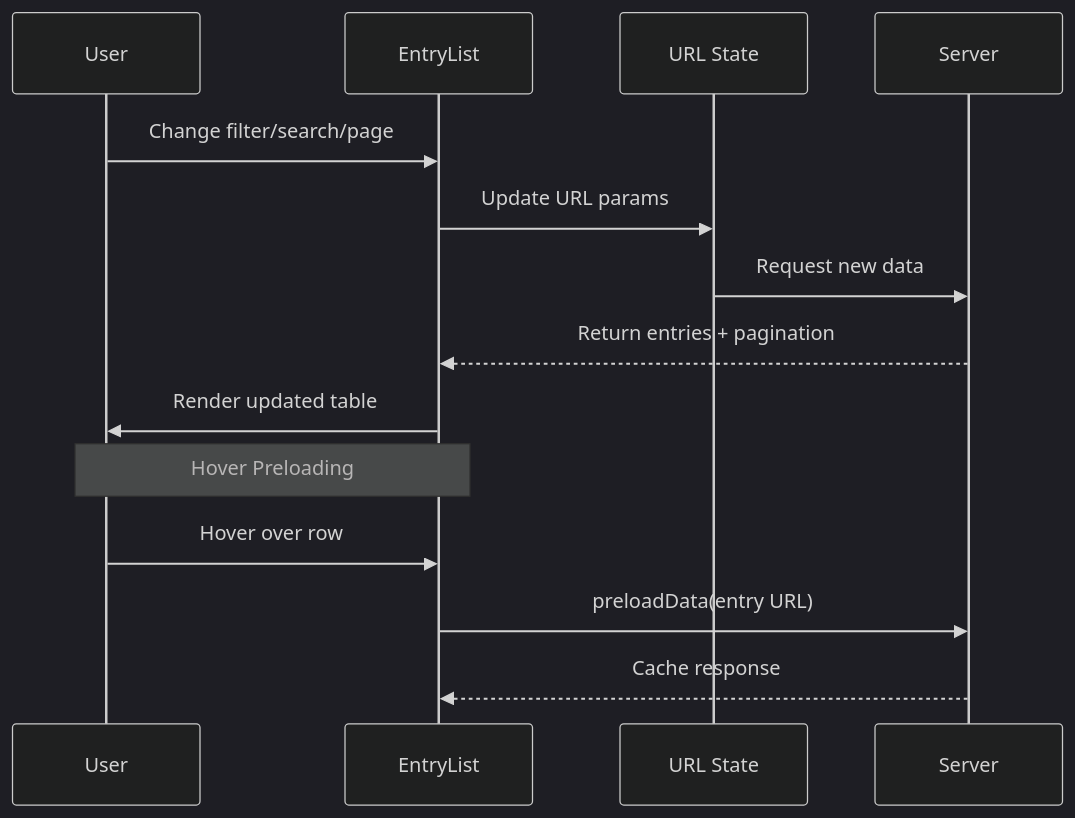
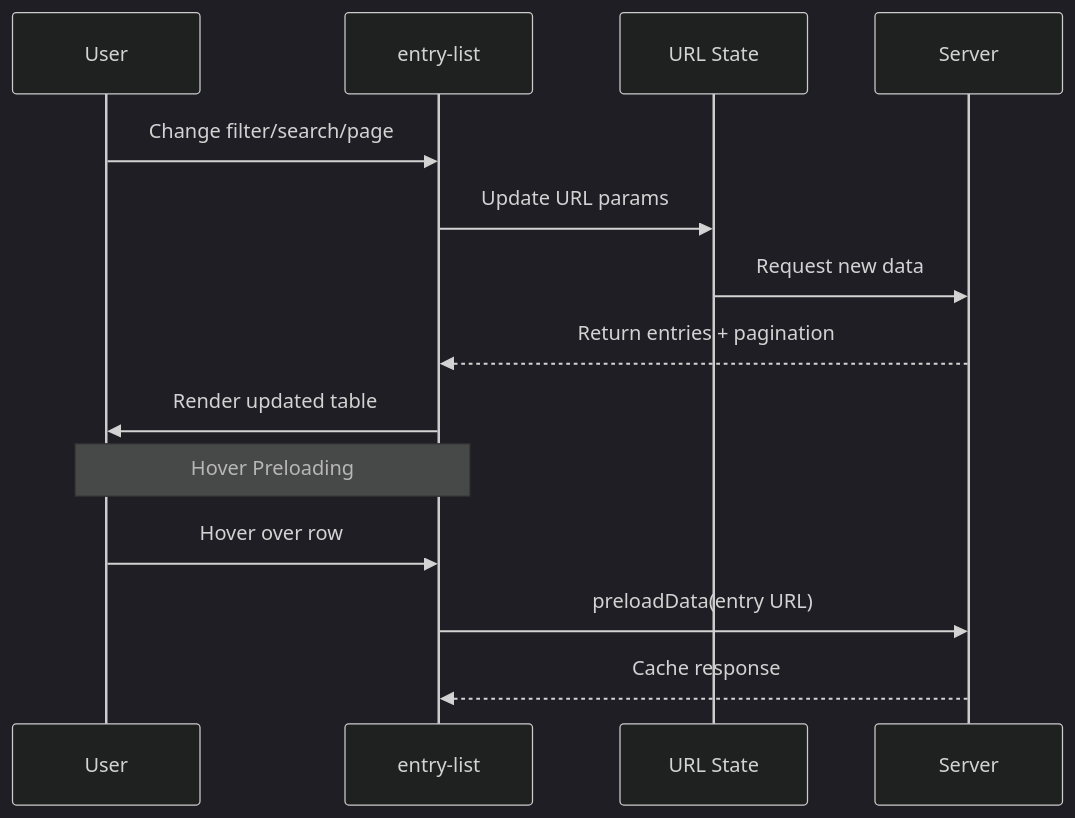
Before and after one commit to SveltyCMS/SveltyCMS: the second of 2 diagrams in docs/architecture/components/EntryList.mdx, drawn with Mermaid (dark theme). The commit also changed other lines of this file and 353 other files, not shown here.

````diff
--- a/docs/architecture/components/EntryList.mdx
+++ b/docs/architecture/components/EntryList.mdx
@@ -71,18 +71,18 @@
 ```mermaid
 sequenceDiagram
     participant U as User
-    participant EL as EntryList
+    participant EL as entry-list
     participant URL as URL State
     participant S as Server
 
     U->>EL: Change filter/search/page
     EL->>URL: Update URL params
     URL->>S: Request new data
     S-->>EL: Return entries + pagination
     EL->>U: Render updated table
 
     Note over EL,U: Hover Preloading
     U->>EL: Hover over row
     EL->>S: preloadData(entry URL)
     S-->>EL: Cache response
 ```
````
